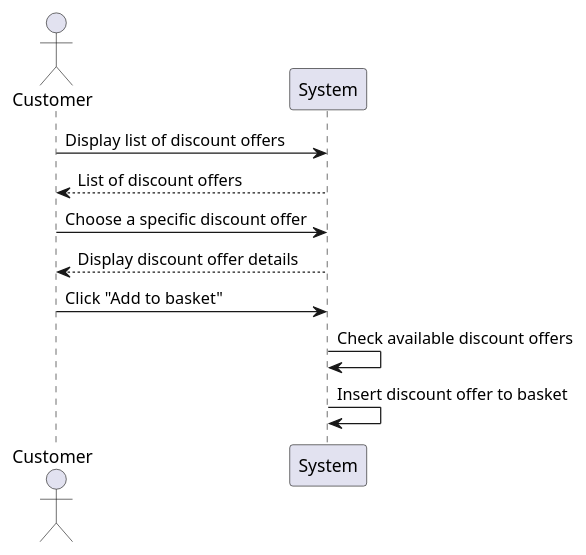
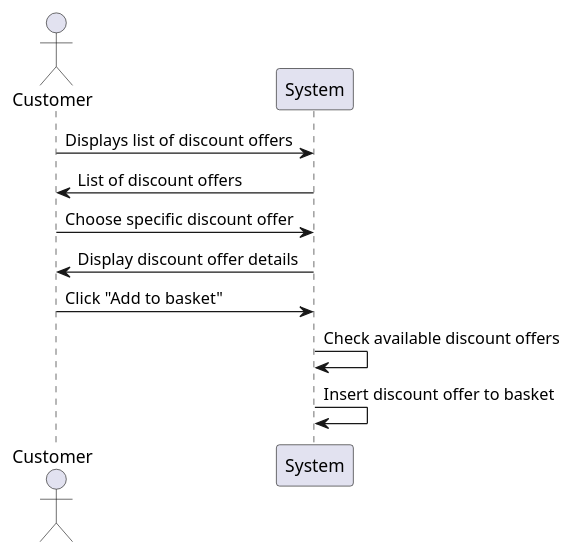
One commit to wbfenijo/Bakalarka changed the diagram in data/outputsAI/SD2.puml. Above: the diagram before and after it, drawn with PlantUML. The commit also changed 102 other files, not shown here.

```diff
--- a/data/outputsAI/SD2.puml
+++ b/data/outputsAI/SD2.puml
@@ -1,12 +1,14 @@
 @startuml
 actor Customer
 participant System
 
-Customer -> System : Display list of discount offers
-System --> Customer : List of discount offers
-Customer -> System : Choose a specific discount offer
-System --> Customer : Display discount offer details
+Customer -> System : Displays list of discount offers
+System -> Customer : List of discount offers
+
+Customer -> System : Choose specific discount offer
+System -> Customer : Display discount offer details
+
 Customer -> System : Click "Add to basket"
 System -> System : Check available discount offers
 System -> System : Insert discount offer to basket
 @enduml
```
